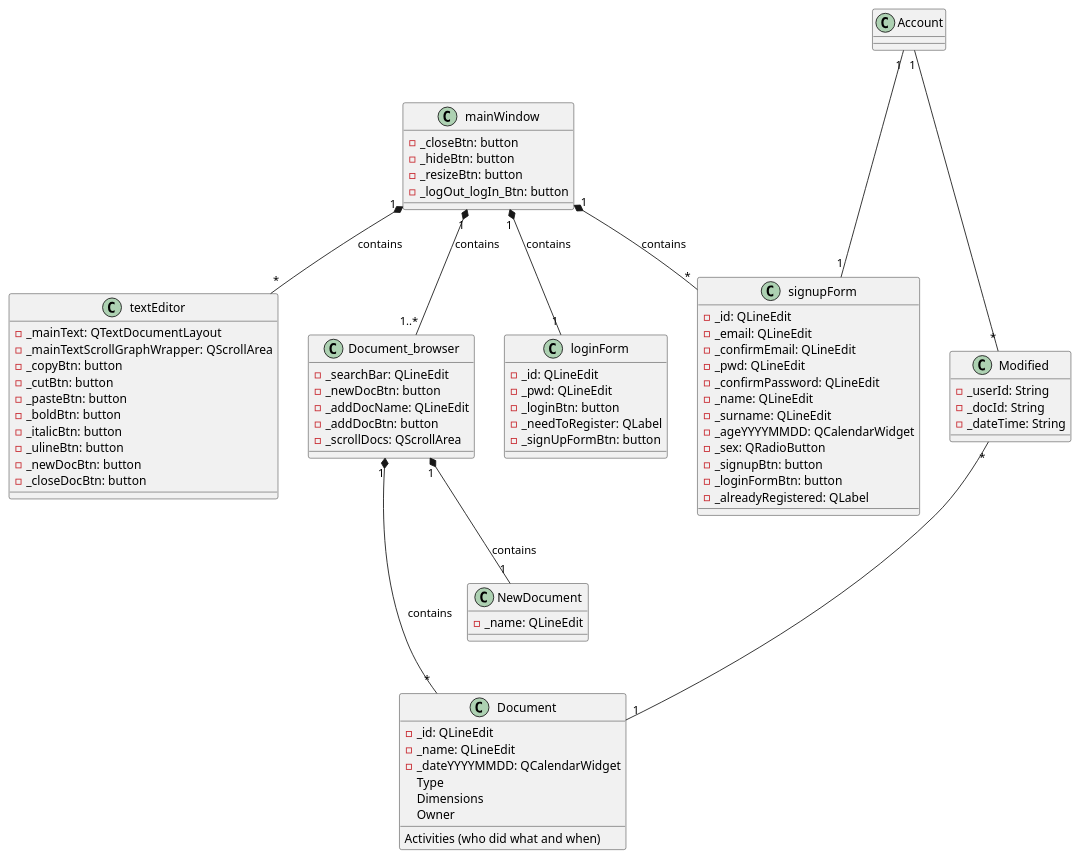
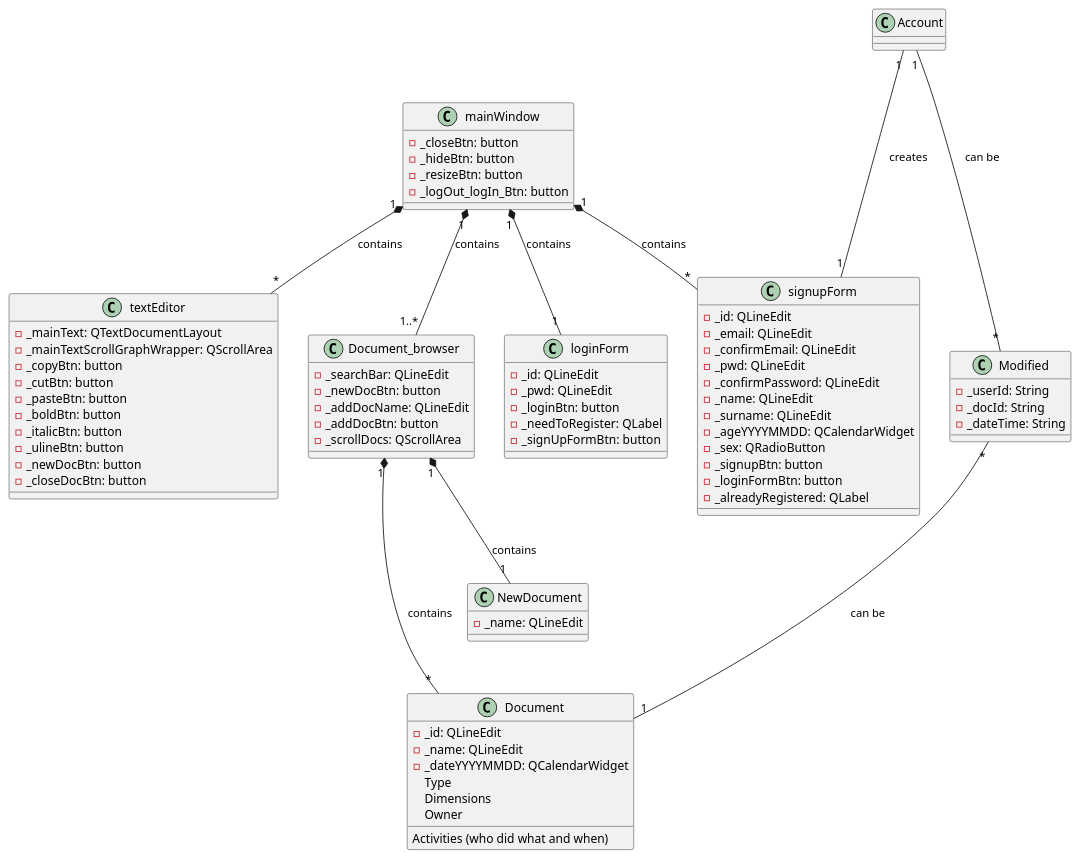
The diagram in docs/GUI.md (aleoli/Shared-Editor), drawn with PlantUML before and after one commit. The commit also changed other lines of this file, not shown here.

Commit message:
Update GUI.md
Enriched and corrected UML code

```diff
--- a/docs/GUI.md
+++ b/docs/GUI.md
@@ -34,15 +36,16 @@
 }
 
 class loginForm {
+
 - _id: QLineEdit
 - _pwd: QLineEdit
 - _loginBtn: button
 - _needToRegister: QLabel
 - _signUpFormBtn: button
-}
-
+  }
 
 class signupForm {
+
 - _id: QLineEdit
 - _email: QLineEdit
 - _confirmEmail: QLineEdit
@@ -55,17 +58,19 @@
 - _signupBtn: button
 - _loginFormBtn: button
 - _alreadyRegistered: QLabel
-}
+  }
 
 class Account 
 
 class Modified {
-  - _userId: String
-  - _docId: String
-  - _dateTime: String
-}
+
+- _userId: String
+- _docId: String
+- _dateTime: String
+  }
 
 class textEditor {
+
 - _mainText: QTextDocumentLayout
 - _mainTextScrollGraphWrapper: QScrollArea
 - _copyBtn: button
@@ -76,31 +81,34 @@
 - _ulineBtn: button
 - _newDocBtn: button
 - _closeDocBtn: button
-}
+  }
 
 class Document_browser{
-  - _searchBar: QLineEdit
-  - _newDocBtn: button
-  - _addDocName: QLineEdit
-  - _addDocBtn: button
-  - _scrollDocs: QScrollArea
-}
+
+- _searchBar: QLineEdit
+- _newDocBtn: button
+- _addDocName: QLineEdit
+- _addDocBtn: button
+- _scrollDocs: QScrollArea
+  }
 
 class NewDocument
 {
+
 - _name: QLineEdit
-}
+  }
 
 class Document
 {
+
 - _id: QLineEdit
 - _name: QLineEdit
 - _dateYYYYMMDD: QCalendarWidget
-Activities (who did what and when)
-Type
-Dimensions
-Owner
-}
+  Activities (who did what and when)
+  Type
+  Dimensions
+  Owner
+  }
 
 mainWindow "1" *-- "1" loginForm : contains
 mainWindow "1" *-- "*" signupForm : contains
@@ -108,7 +116,7 @@
 mainWindow "1" *-- "1..*" Document_browser : contains
 Document_browser "1" *-- "*" Document : contains
 Document_browser "1" *-- "1" NewDocument : contains
-Account "1" --- "1" signupForm
-Account "1" --- "*" Modified
-Modified "*" --- "1" Document
+Account "1" --- "1" signupForm : creates
+Account "1" --- "*" Modified : can be
+Modified "*" --- "1" Document : can be
 @enduml
```
